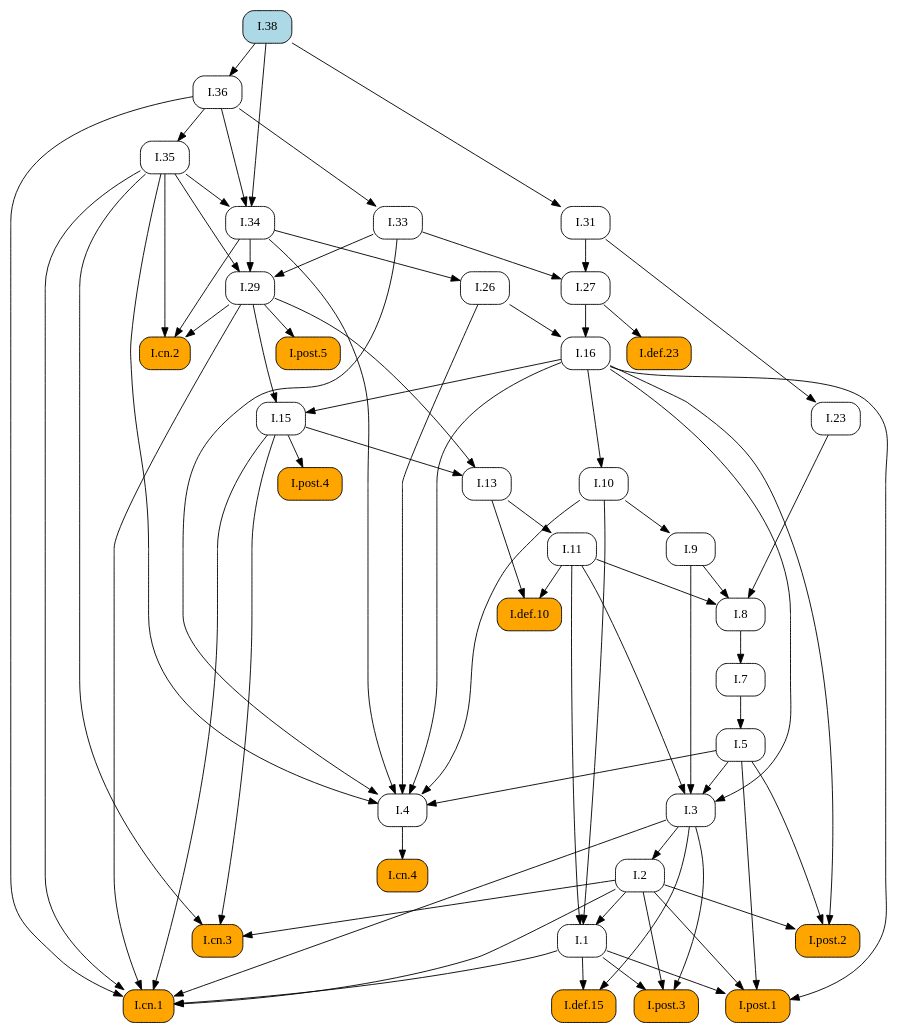
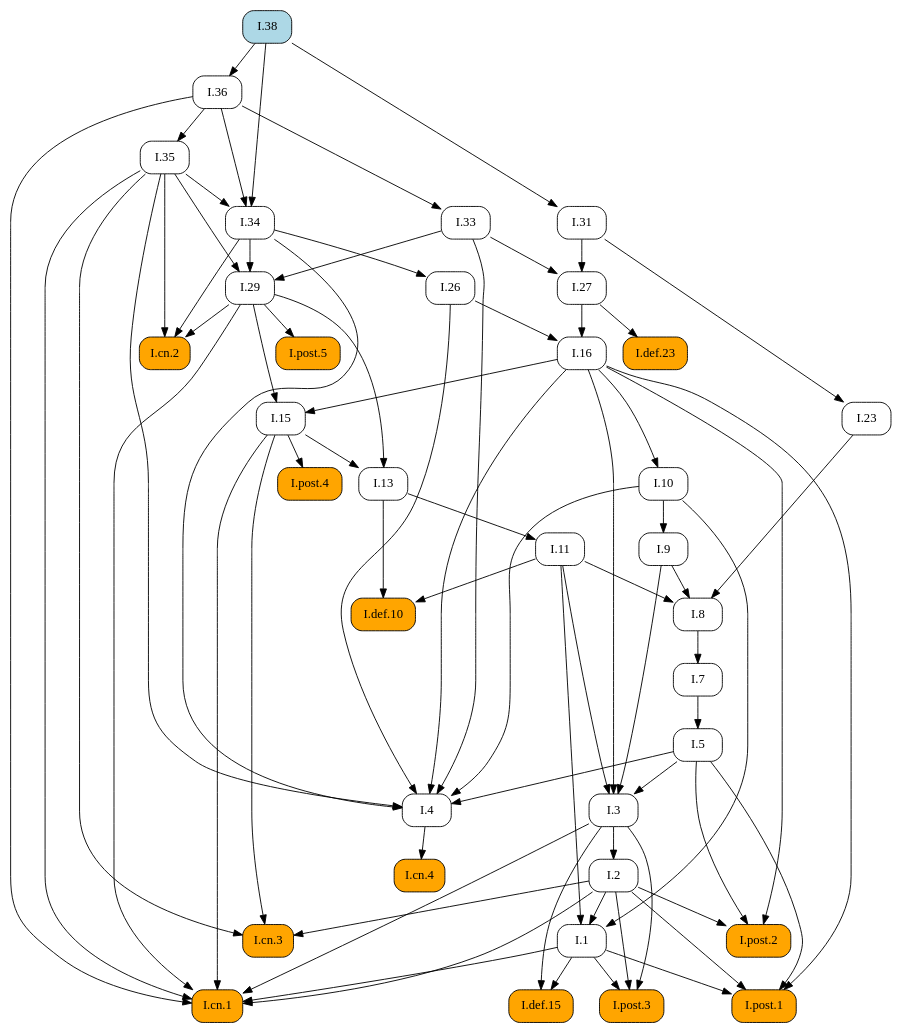
The diagram in docsrc/elements2/I/38/index.rst (geometor/elements), drawn with Graphviz before and after one commit. The commit also changed other lines of this file and 171 other files, not shown here.

```diff
--- a/docsrc/elements2/I/38/index.rst
+++ b/docsrc/elements2/I/38/index.rst
@@ -45,67 +45,98 @@
    digraph {
      rankdir="TB";
      node [shape=box, style=rounded];
+     "I.8" [URL="/elements2/I/8/", target="_top"];
+     "I.36" [URL="/elements2/I/36/", target="_top"];
+     "I.post.1" [style="rounded,filled", fillcolor=orange, URL="/elements2/I/post.1/", target="_top"];
+     "I.33" [URL="/elements2/I/33/", target="_top"];
+     "I.5" [URL="/elements2/I/5/", target="_top"];
+     "I.38" [style="rounded,filled", fillcolor=lightblue, URL="/elements2/I/38/", target="_top"];
+     "I.post.5" [style="rounded,filled", fillcolor=orange, URL="/elements2/I/post.5/", target="_top"];
      "I.def.10" [style="rounded,filled", fillcolor=orange, URL="/elements2/I/def.10/", target="_top"];
+     "I.cn.2" [style="rounded,filled", fillcolor=orange, URL="/elements2/I/cn.2/", target="_top"];
+     "I.def.15" [style="rounded,filled", fillcolor=orange, URL="/elements2/I/def.15/", target="_top"];
+     "I.31" [URL="/elements2/I/31/", target="_top"];
+     "I.11" [URL="/elements2/I/11/", target="_top"];
+     "I.3" [URL="/elements2/I/3/", target="_top"];
+     "I.def.23" [style="rounded,filled", fillcolor=orange, URL="/elements2/I/def.23/", target="_top"];
+     "I.post.2" [style="rounded,filled", fillcolor=orange, URL="/elements2/I/post.2/", target="_top"];
+     "I.26" [URL="/elements2/I/26/", target="_top"];
+     "I.cn.3" [style="rounded,filled", fillcolor=orange, URL="/elements2/I/cn.3/", target="_top"];
+     "I.cn.4" [style="rounded,filled", fillcolor=orange, URL="/elements2/I/cn.4/", target="_top"];
+     "I.1" [URL="/elements2/I/1/", target="_top"];
+     "I.7" [URL="/elements2/I/7/", target="_top"];
+     "I.9" [URL="/elements2/I/9/", target="_top"];
+     "I.cn.1" [style="rounded,filled", fillcolor=orange, URL="/elements2/I/cn.1/", target="_top"];
+     "I.29" [URL="/elements2/I/29/", target="_top"];
+     "I.16" [URL="/elements2/I/16/", target="_top"];
+     "I.post.4" [style="rounded,filled", fillcolor=orange, URL="/elements2/I/post.4/", target="_top"];
+     "I.13" [URL="/elements2/I/13/", target="_top"];
+     "I.35" [URL="/elements2/I/35/", target="_top"];
+     "I.2" [URL="/elements2/I/2/", target="_top"];
+     "I.27" [URL="/elements2/I/27/", target="_top"];
+     "I.4" [URL="/elements2/I/4/", target="_top"];
+     "I.10" [URL="/elements2/I/10/", target="_top"];
+     "I.15" [URL="/elements2/I/15/", target="_top"];
      "I.34" [URL="/elements2/I/34/", target="_top"];
-     "I.cn.4" [style="rounded,filled", fillcolor=orange, URL="/elements2/I/cn.4/", target="_top"];
-     "I.def.15" [style="rounded,filled", fillcolor=orange, URL="/elements2/I/def.15/", target="_top"];
+     "I.23" [URL="/elements2/I/23/", target="_top"];
      "I.post.3" [style="rounded,filled", fillcolor=orange, URL="/elements2/I/post.3/", target="_top"];
-     "I.36" [URL="/elements2/I/36/", target="_top"];
-     "I.27" [URL="/elements2/I/27/", target="_top"];
-     "I.post.2" [style="rounded,filled", fillcolor=orange, URL="/elements2/I/post.2/", target="_top"];
-     "I.13" [URL="/elements2/I/13/", target="_top"];
-     "I.10" [URL="/elements2/I/10/", target="_top"];
-     "I.post.1" [style="rounded,filled", fillcolor=orange, URL="/elements2/I/post.1/", target="_top"];
-     "I.7" [URL="/elements2/I/7/", target="_top"];
-     "I.11" [URL="/elements2/I/11/", target="_top"];
-     "I.4" [URL="/elements2/I/4/", target="_top"];
-     "I.16" [URL="/elements2/I/16/", target="_top"];
-     "I.def.23" [style="rounded,filled", fillcolor=orange, URL="/elements2/I/def.23/", target="_top"];
-     "I.9" [URL="/elements2/I/9/", target="_top"];
-     "I.8" [URL="/elements2/I/8/", target="_top"];
-     "I.cn.2" [style="rounded,filled", fillcolor=orange, URL="/elements2/I/cn.2/", target="_top"];
-     "I.23" [URL="/elements2/I/23/", target="_top"];
-     "I.26" [URL="/elements2/I/26/", target="_top"];
-     "I.15" [URL="/elements2/I/15/", target="_top"];
-     "I.post.5" [style="rounded,filled", fillcolor=orange, URL="/elements2/I/post.5/", target="_top"];
-     "I.2" [URL="/elements2/I/2/", target="_top"];
-     "I.38" [style="rounded,filled", fillcolor=lightblue, URL="/elements2/I/38/", target="_top"];
-     "I.1" [URL="/elements2/I/1/", target="_top"];
-     "I.35" [URL="/elements2/I/35/", target="_top"];
-     "I.33" [URL="/elements2/I/33/", target="_top"];
-     "I.31" [URL="/elements2/I/31/", target="_top"];
-     "I.post.4" [style="rounded,filled", fillcolor=orange, URL="/elements2/I/post.4/", target="_top"];
-     "I.cn.1" [style="rounded,filled", fillcolor=orange, URL="/elements2/I/cn.1/", target="_top"];
-     "I.3" [URL="/elements2/I/3/", target="_top"];
-     "I.cn.3" [style="rounded,filled", fillcolor=orange, URL="/elements2/I/cn.3/", target="_top"];
-     "I.29" [URL="/elements2/I/29/", target="_top"];
-     "I.5" [URL="/elements2/I/5/", target="_top"];
-     "I.11" -> "I.def.10";
-     "I.13" -> "I.def.10";
-     "I.35" -> "I.34";
-     "I.36" -> "I.34";
-     "I.38" -> "I.34";
-     "I.4" -> "I.cn.4";
-     "I.1" -> "I.def.15";
-     "I.3" -> "I.def.15";
-     "I.1" -> "I.post.3";
-     "I.2" -> "I.post.3";
-     "I.3" -> "I.post.3";
+     "I.9" -> "I.8";
+     "I.11" -> "I.8";
+     "I.23" -> "I.8";
      "I.38" -> "I.36";
-     "I.31" -> "I.27";
-     "I.33" -> "I.27";
-     "I.2" -> "I.post.2";
-     "I.5" -> "I.post.2";
-     "I.16" -> "I.post.2";
-     "I.15" -> "I.13";
-     "I.29" -> "I.13";
-     "I.16" -> "I.10";
      "I.1" -> "I.post.1";
      "I.2" -> "I.post.1";
      "I.5" -> "I.post.1";
      "I.16" -> "I.post.1";
+     "I.36" -> "I.33";
+     "I.7" -> "I.5";
+     "I.29" -> "I.post.5";
+     "I.11" -> "I.def.10";
+     "I.13" -> "I.def.10";
+     "I.29" -> "I.cn.2";
+     "I.34" -> "I.cn.2";
+     "I.35" -> "I.cn.2";
+     "I.1" -> "I.def.15";
+     "I.3" -> "I.def.15";
+     "I.38" -> "I.31";
+     "I.13" -> "I.11";
+     "I.5" -> "I.3";
+     "I.9" -> "I.3";
+     "I.11" -> "I.3";
+     "I.16" -> "I.3";
+     "I.27" -> "I.def.23";
+     "I.2" -> "I.post.2";
+     "I.5" -> "I.post.2";
+     "I.16" -> "I.post.2";
+     "I.34" -> "I.26";
+     "I.2" -> "I.cn.3";
+     "I.15" -> "I.cn.3";
+     "I.35" -> "I.cn.3";
+     "I.4" -> "I.cn.4";
+     "I.2" -> "I.1";
+     "I.10" -> "I.1";
+     "I.11" -> "I.1";
      "I.8" -> "I.7";
-     "I.13" -> "I.11";
+     "I.10" -> "I.9";
+     "I.1" -> "I.cn.1";
+     "I.2" -> "I.cn.1";
+     "I.3" -> "I.cn.1";
+     "I.15" -> "I.cn.1";
+     "I.29" -> "I.cn.1";
+     "I.35" -> "I.cn.1";
+     "I.36" -> "I.cn.1";
+     "I.33" -> "I.29";
+     "I.34" -> "I.29";
+     "I.35" -> "I.29";
+     "I.26" -> "I.16";
+     "I.27" -> "I.16";
+     "I.15" -> "I.post.4";
+     "I.15" -> "I.13";
+     "I.29" -> "I.13";
+     "I.36" -> "I.35";
+     "I.3" -> "I.2";
+     "I.31" -> "I.27";
+     "I.33" -> "I.27";
      "I.5" -> "I.4";
      "I.10" -> "I.4";
      "I.16" -> "I.4";
@@ -113,45 +144,14 @@
      "I.33" -> "I.4";
      "I.34" -> "I.4";
      "I.35" -> "I.4";
-     "I.26" -> "I.16";
-     "I.27" -> "I.16";
-     "I.27" -> "I.def.23";
-     "I.10" -> "I.9";
-     "I.9" -> "I.8";
-     "I.11" -> "I.8";
-     "I.23" -> "I.8";
-     "I.29" -> "I.cn.2";
-     "I.34" -> "I.cn.2";
-     "I.35" -> "I.cn.2";
-     "I.31" -> "I.23";
-     "I.34" -> "I.26";
+     "I.16" -> "I.10";
      "I.16" -> "I.15";
      "I.29" -> "I.15";
-     "I.29" -> "I.post.5";
-     "I.3" -> "I.2";
-     "I.2" -> "I.1";
-     "I.10" -> "I.1";
-     "I.11" -> "I.1";
-     "I.36" -> "I.35";
-     "I.36" -> "I.33";
-     "I.38" -> "I.31";
-     "I.15" -> "I.post.4";
-     "I.1" -> "I.cn.1";
-     "I.2" -> "I.cn.1";
-     "I.3" -> "I.cn.1";
-     "I.15" -> "I.cn.1";
-     "I.29" -> "I.cn.1";
-     "I.35" -> "I.cn.1";
-     "I.36" -> "I.cn.1";
-     "I.5" -> "I.3";
-     "I.9" -> "I.3";
-     "I.11" -> "I.3";
-     "I.16" -> "I.3";
-     "I.2" -> "I.cn.3";
-     "I.15" -> "I.cn.3";
-     "I.35" -> "I.cn.3";
-     "I.33" -> "I.29";
-     "I.34" -> "I.29";
-     "I.35" -> "I.29";
-     "I.7" -> "I.5";
+     "I.35" -> "I.34";
+     "I.36" -> "I.34";
+     "I.38" -> "I.34";
+     "I.31" -> "I.23";
+     "I.1" -> "I.post.3";
+     "I.2" -> "I.post.3";
+     "I.3" -> "I.post.3";
    }
```
